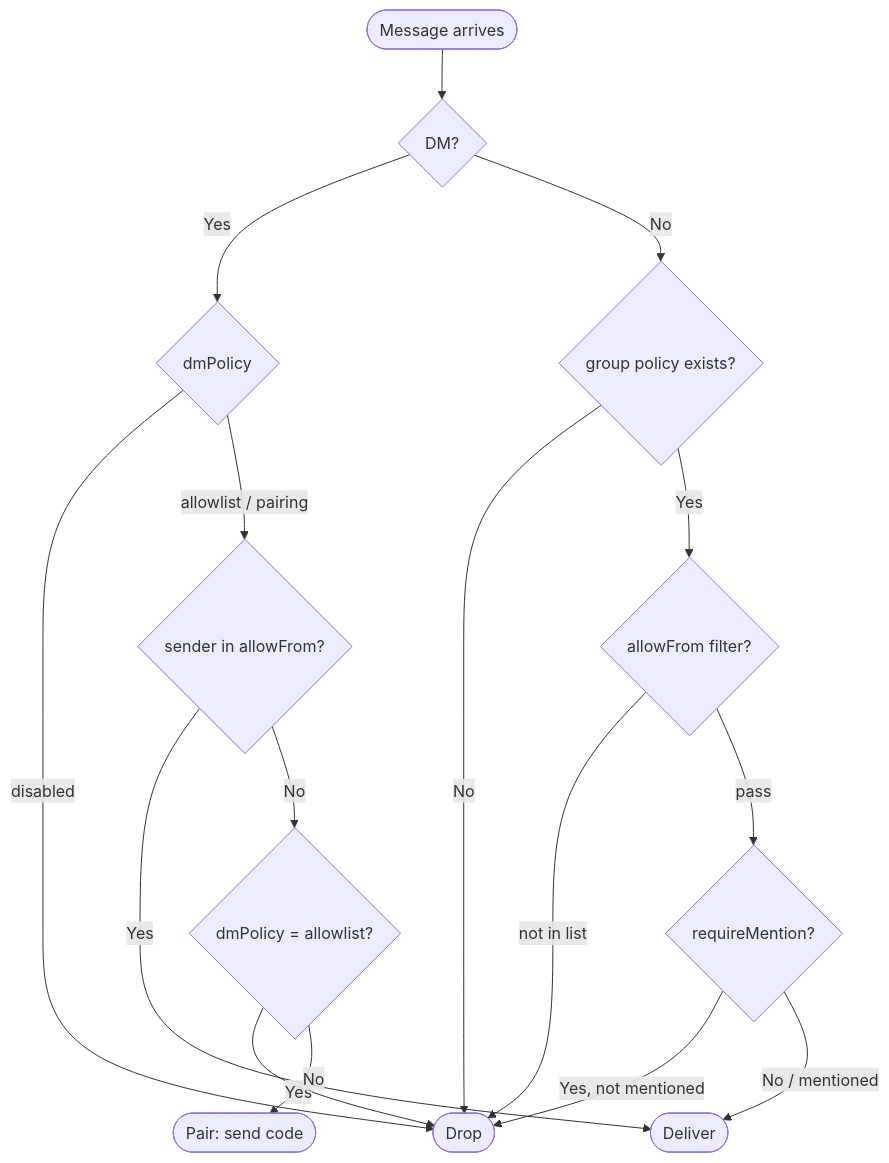
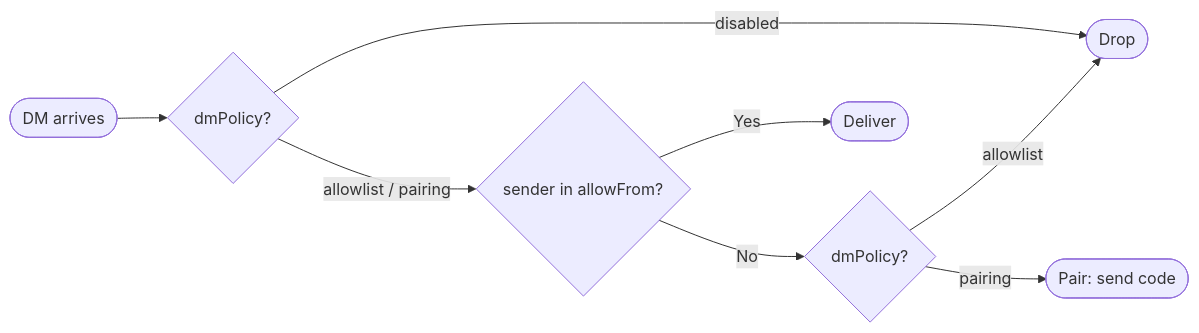
Before and after one commit to HealGaren/claude-channel-mux: the sixth of 8 diagrams in docs/guides/architecture.md, drawn with Mermaid. The commit also changed other lines of this file, not shown here.

First line of the commit message:
docs: improve architecture diagrams

````diff
--- a/docs/guides/architecture.md
+++ b/docs/guides/architecture.md
@@ -141,20 +142,10 @@
 ```mermaid
-flowchart TD
-    Start([Message arrives]) --> IsDM{DM?}
-
-    IsDM -->|Yes| DmPolicy{dmPolicy}
-    DmPolicy -->|disabled| Drop([Drop])
-    DmPolicy -->|allowlist / pairing| InAllowFrom{sender in allowFrom?}
-    InAllowFrom -->|Yes| Deliver([Deliver])
-    InAllowFrom -->|No| IsAllowlist{dmPolicy = allowlist?}
-    IsAllowlist -->|Yes| Drop
-    IsAllowlist -->|No| Pair([Pair: send code])
-
-    IsDM -->|No| HasPolicy{group policy exists?}
-    HasPolicy -->|No| Drop
-    HasPolicy -->|Yes| CheckAllow{allowFrom filter?}
-    CheckAllow -->|not in list| Drop
-    CheckAllow -->|pass| NeedMention{requireMention?}
-    NeedMention -->|Yes, not mentioned| Drop
-    NeedMention -->|No / mentioned| Deliver
+flowchart LR
+    DM([DM arrives]) --> Policy{dmPolicy?}
+    Policy -->|disabled| Drop([Drop])
+    Policy -->|allowlist / pairing| Allow{sender in allowFrom?}
+    Allow -->|Yes| Deliver([Deliver])
+    Allow -->|No| Mode{dmPolicy?}
+    Mode -->|allowlist| Drop
+    Mode -->|pairing| Pair([Pair: send code])
 ```
````
